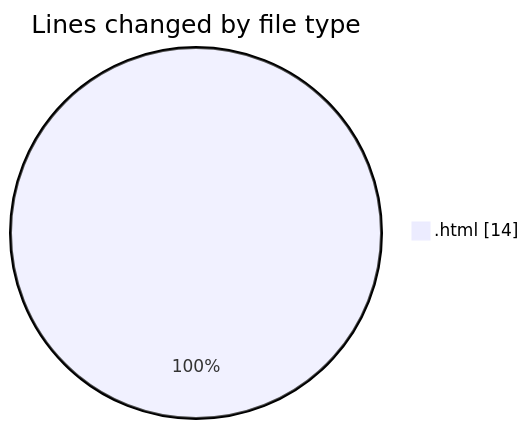
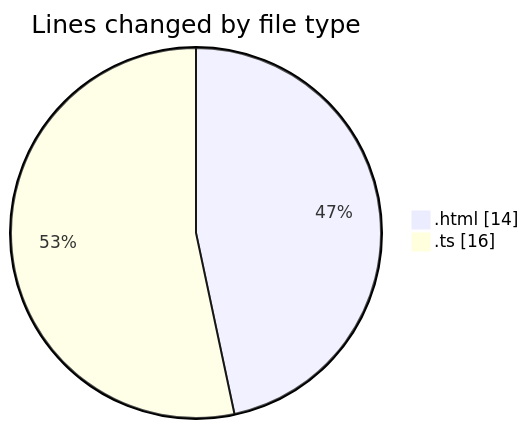
One commit to donsfak/code-tracking changed the first of 2 diagrams in 2025-02-06/portofolio/README.md. Above: the diagram before and after it, drawn with Mermaid. The commit also changed other lines of this file and 1 other file, not shown here.

````diff
--- a/2025-02-06/portofolio/README.md
+++ b/2025-02-06/portofolio/README.md
@@ -20,5 +21,6 @@
 ```mermaid
 pie showData
 title Lines changed by file type
 ".html" : 14
+".ts" : 16
 ```
````
